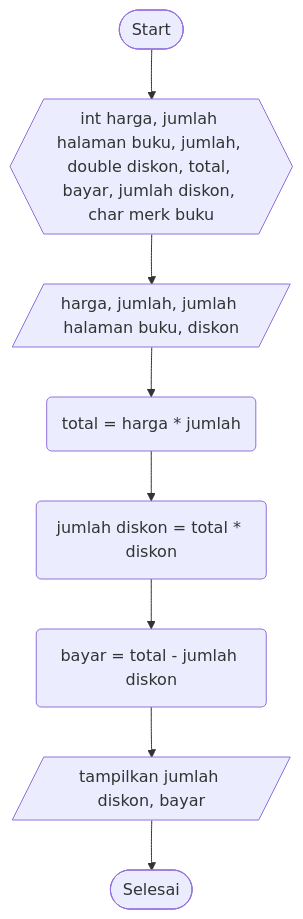
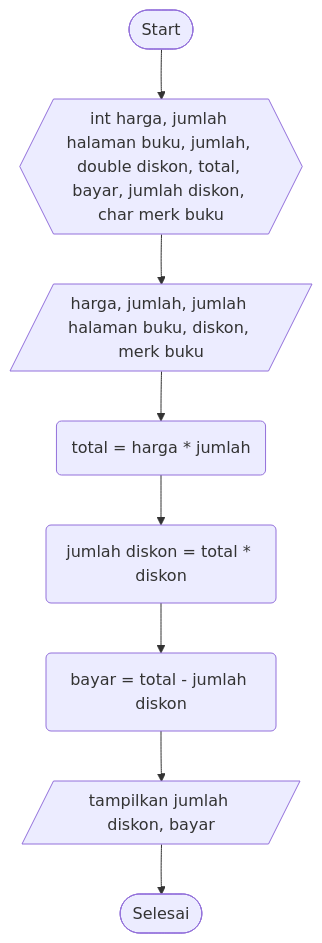
One commit to SATRIODIANNUGROHO/Sample2.1 changed the diagram in justforfun3.md. Above: the diagram before and after it, drawn with Mermaid.

````diff
--- a/justforfun3.md
+++ b/justforfun3.md
@@ -3,10 +3,10 @@
 ```mermaid
 graph TD;
     A([Start])-->B{{int harga, jumlah halaman buku, jumlah, double diskon, total, bayar, jumlah diskon, char merk buku}};
-    B{{int harga, jumlah halaman buku, jumlah, double diskon, total, bayar, jumlah diskon, char merk buku}}-->C[/harga, jumlah, jumlah halaman buku, diskon/];
-    C[/harga, jumlah, jumlah halaman buku, diskon/]-->D(total = harga * jumlah);
+    B{{int harga, jumlah halaman buku, jumlah, double diskon, total, bayar, jumlah diskon, char merk buku}}-->C[/harga, jumlah, jumlah halaman buku, diskon, merk buku/];
+    C[/harga, jumlah, jumlah halaman buku, diskon, merk buku/]-->D(total = harga * jumlah);
     D(total = harga * jumlah)-->E(jumlah diskon = total * diskon);
     E(jumlah diskon = total * diskon)-->F(bayar = total - jumlah diskon);
     F(bayar = total - jumlah diskon)-->G[/tampilkan jumlah diskon, bayar/];
     G[/tampilkan jumlah diskon, bayar/]-->H([Selesai]);
 ```
````
